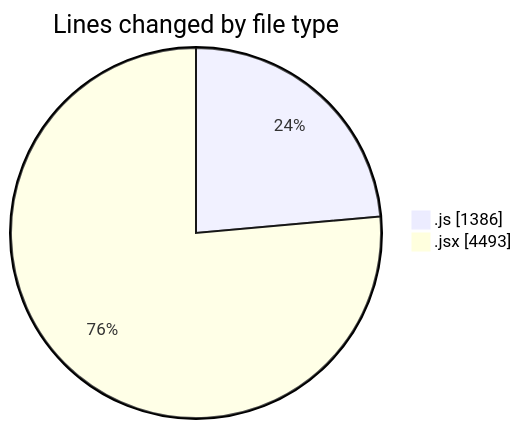
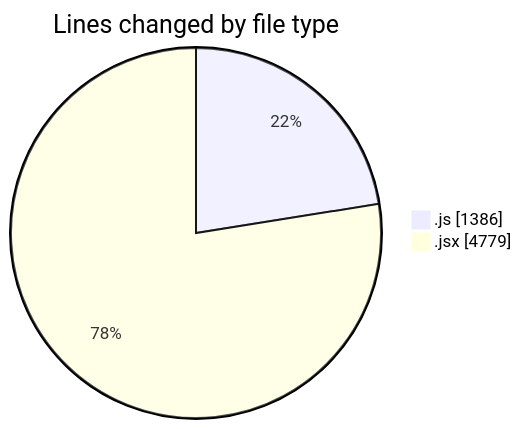
Before and after one commit to nxtqubesakshisongat/code-tracking: the first of 2 diagrams in 2025-07-29/nxtqube_webapp/README.md, drawn with Mermaid. The commit also changed other lines of this file and 1 other file, not shown here.

````diff
--- a/2025-07-29/nxtqube_webapp/README.md
+++ b/2025-07-29/nxtqube_webapp/README.md
@@ -31,6 +31,6 @@
 ```mermaid
 pie showData
 title Lines changed by file type
 ".js" : 1386
-".jsx" : 4493
+".jsx" : 4779
 ```
````
